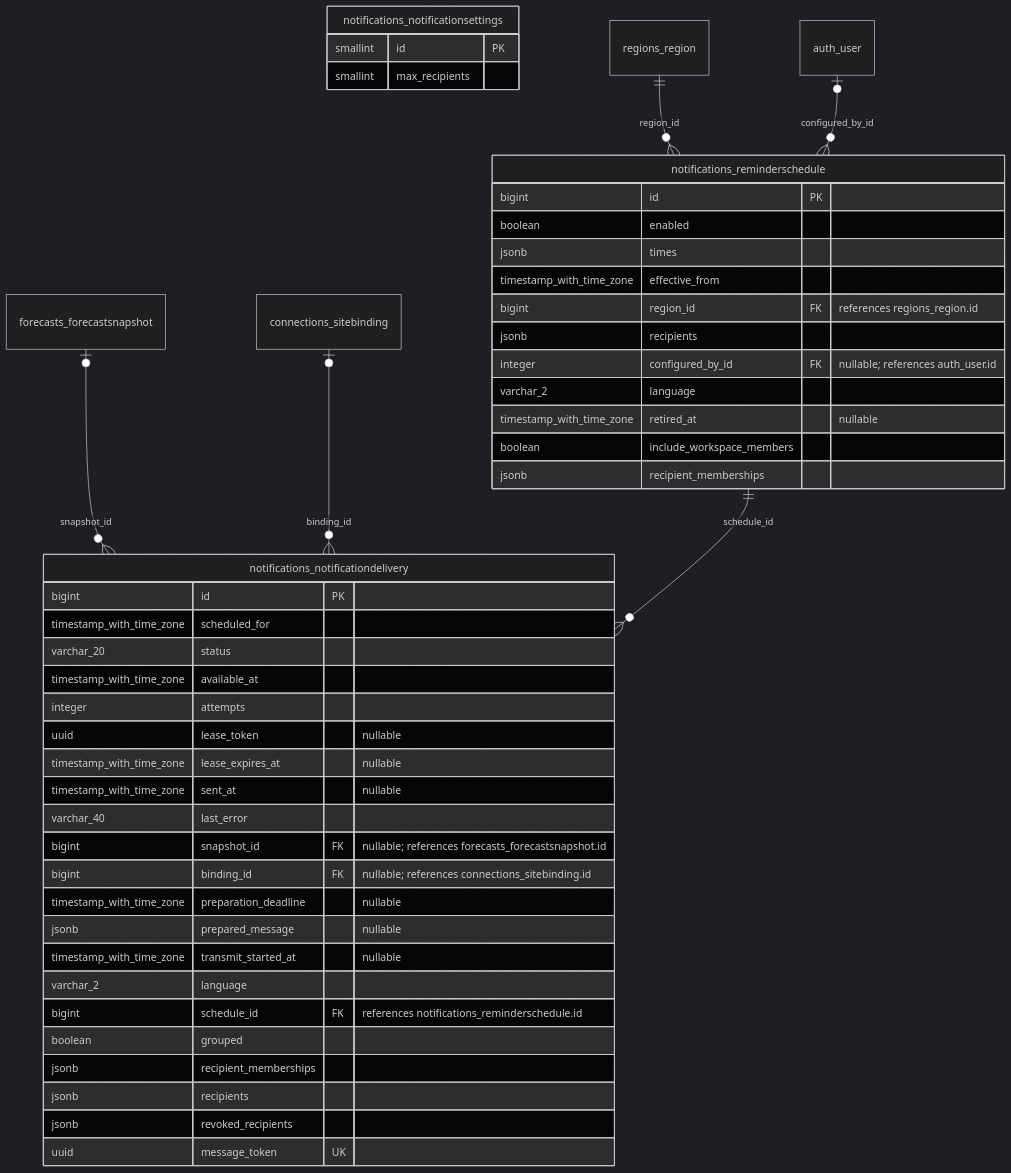
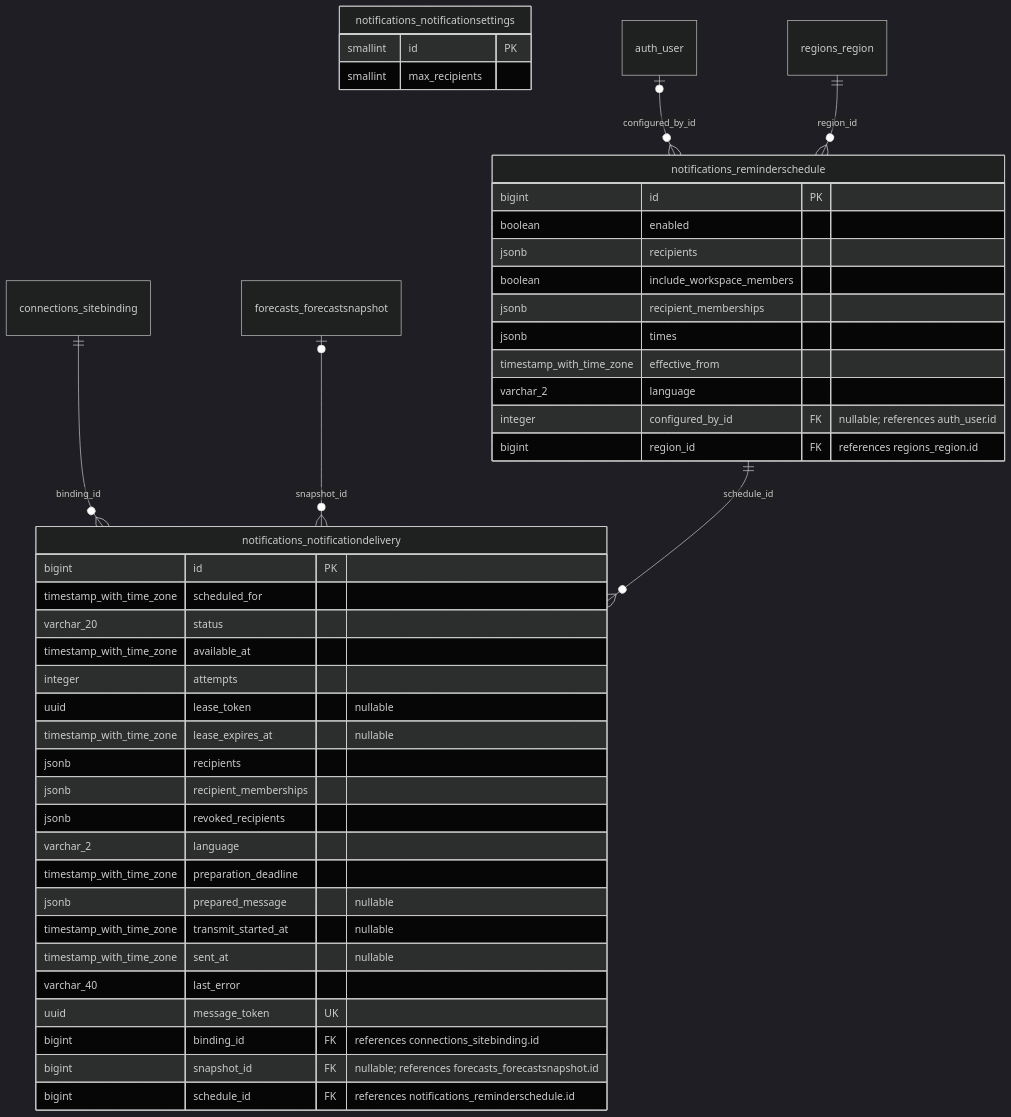
The eighth of 18 diagrams in docs/DATA_MODEL.md (erkurtharun/pyracast), drawn with Mermaid (dark theme) before and after one commit. The commit also changed other lines of this file and 326 other files, not shown here.

First line of the commit message:
Reset the schema baseline, remove legacy shapes and derive stored vocabularies (#32)

````diff
--- a/docs/DATA_MODEL.md
+++ b/docs/DATA_MODEL.md
@@ -887,48 +868,46 @@
 ```mermaid
 erDiagram
     notifications_notificationdelivery {
         bigint id PK
         timestamp_with_time_zone scheduled_for
         varchar_20 status
         timestamp_with_time_zone available_at
         integer attempts
         uuid lease_token "nullable"
         timestamp_with_time_zone lease_expires_at "nullable"
+        jsonb recipients
+        jsonb recipient_memberships
+        jsonb revoked_recipients
+        varchar_2 language
+        timestamp_with_time_zone preparation_deadline
+        jsonb prepared_message "nullable"
+        timestamp_with_time_zone transmit_started_at "nullable"
         timestamp_with_time_zone sent_at "nullable"
         varchar_40 last_error
+        uuid message_token UK
+        bigint binding_id FK "references connections_sitebinding.id"
         bigint snapshot_id FK "nullable; references forecasts_forecastsnapshot.id"
-        bigint binding_id FK "nullable; references connections_sitebinding.id"
-        timestamp_with_time_zone preparation_deadline "nullable"
-        jsonb prepared_message "nullable"
-        timestamp_with_time_zone transmit_started_at "nullable"
-        varchar_2 language
         bigint schedule_id FK "references notifications_reminderschedule.id"
-        boolean grouped
-        jsonb recipient_memberships
-        jsonb recipients
-        jsonb revoked_recipients
-        uuid message_token UK
     }
     notifications_notificationsettings {
         smallint id PK
         smallint max_recipients
     }
     notifications_reminderschedule {
         bigint id PK
         boolean enabled
+        jsonb recipients
+        boolean include_workspace_members
+        jsonb recipient_memberships
         jsonb times
         timestamp_with_time_zone effective_from
+        varchar_2 language
+        integer configured_by_id FK "nullable; references auth_user.id"
         bigint region_id FK "references regions_region.id"
-        jsonb recipients
-        integer configured_by_id FK "nullable; references auth_user.id"
-        varchar_2 language
-        timestamp_with_time_zone retired_at "nullable"
-        boolean include_workspace_members
-        jsonb recipient_memberships
     }
+    connections_sitebinding ||--o{ notifications_notificationdelivery : "binding_id"
     forecasts_forecastsnapshot |o--o{ notifications_notificationdelivery : "snapshot_id"
-    connections_sitebinding |o--o{ notifications_notificationdelivery : "binding_id"
     notifications_reminderschedule ||--o{ notifications_notificationdelivery : "schedule_id"
+    auth_user |o--o{ notifications_reminderschedule : "configured_by_id"
     regions_region ||--o{ notifications_reminderschedule : "region_id"
-    auth_user |o--o{ notifications_reminderschedule : "configured_by_id"
 ```
````
